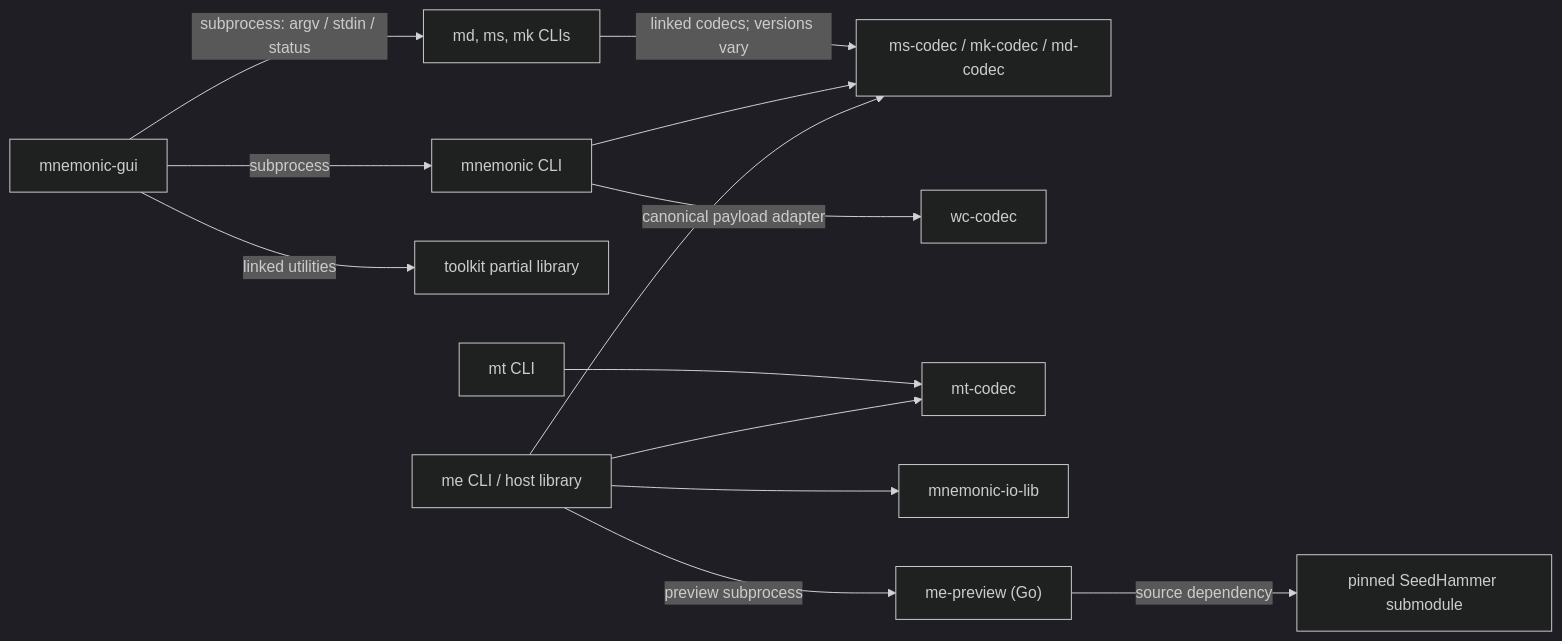
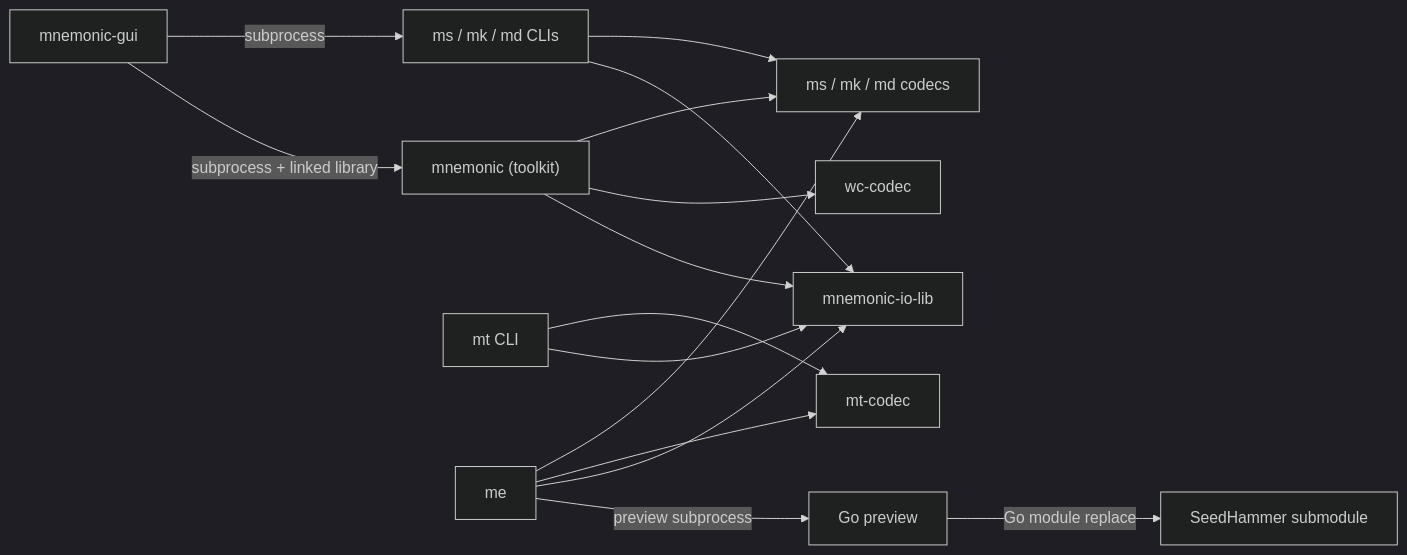
Before and after one commit to bg002h/mnemonic-toolkit: the diagram in docs/architecture/README.md, drawn with Mermaid (dark theme). The commit also changed other lines of this file and 8 other files, not shown here.

First line of the commit message:
docs: architecture guide as a stable overview

````diff
--- a/docs/architecture/README.md
+++ b/docs/architecture/README.md
@@ -35,15 +35,17 @@
 ```mermaid
 flowchart LR
-  GUI["mnemonic-gui"] -->|"subprocess: argv / stdin / status"| CLI["md, ms, mk CLIs"]
-  GUI -->|"subprocess"| MN["mnemonic CLI"]
-  GUI -->|"linked utilities"| TL["toolkit partial library"]
-  CLI -->|"linked codecs; versions vary"| CODECS["ms-codec / mk-codec / md-codec"]
-  MN --> CODECS
-  MN -->|"canonical payload adapter"| WC["wc-codec"]
+  GUI["mnemonic-gui"] -->|"subprocess"| CLIS["ms / mk / md CLIs"]
+  GUI -->|"subprocess + linked library"| TK["mnemonic (toolkit)"]
+  TK --> CODECS["ms / mk / md codecs"]
+  CLIS --> CODECS
+  TK --> WC["wc-codec"]
   MT["mt CLI"] --> MTC["mt-codec"]
-  ME["me CLI / host library"] --> CODECS
+  ME["me"] --> CODECS
   ME --> MTC
-  ME --> IO["mnemonic-io-lib"]
-  ME -->|"preview subprocess"| PREVIEW["me-preview (Go)"]
-  PREVIEW -->|"source dependency"| SH["pinned SeedHammer submodule"]
+  TK --> IO["mnemonic-io-lib"]
+  CLIS --> IO
+  MT --> IO
+  ME --> IO
+  ME -->|"preview subprocess"| PV["Go preview"]
+  PV -->|"Go module replace"| SH["SeedHammer submodule"]
 ```
````
